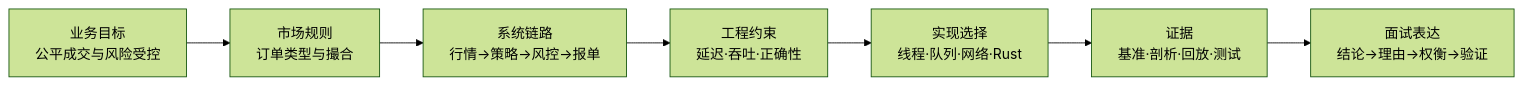
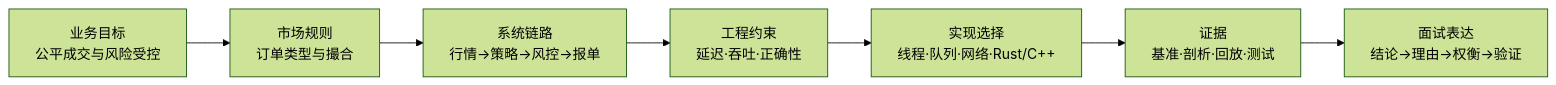
Before and after one commit to xizheyin/hft-book-rs: the first of 2 diagrams in books/rust-hft/src/README.md, drawn with Mermaid (forest theme). The commit also changed other lines of this file and 30 other files, not shown here.

````diff
--- a/books/rust-hft/src/README.md
+++ b/books/rust-hft/src/README.md
@@ -32,9 +32,9 @@
 ```mermaid
 flowchart LR
     A[业务目标<br/>公平成交与风险受控] --> B[市场规则<br/>订单类型与撮合]
     B --> C[系统链路<br/>行情→策略→风控→报单]
     C --> D[工程约束<br/>延迟·吞吐·正确性]
-    D --> E[实现选择<br/>线程·队列·网络·Rust]
+    D --> E[实现选择<br/>线程·队列·网络·Rust/C++]
     E --> F[证据<br/>基准·剖析·回放·测试]
     F --> G[面试表达<br/>结论→理由→权衡→验证]
 ```
````
